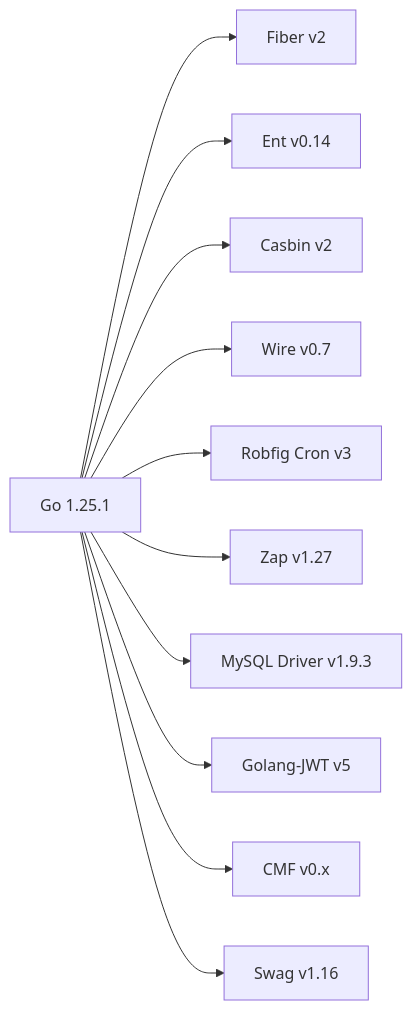
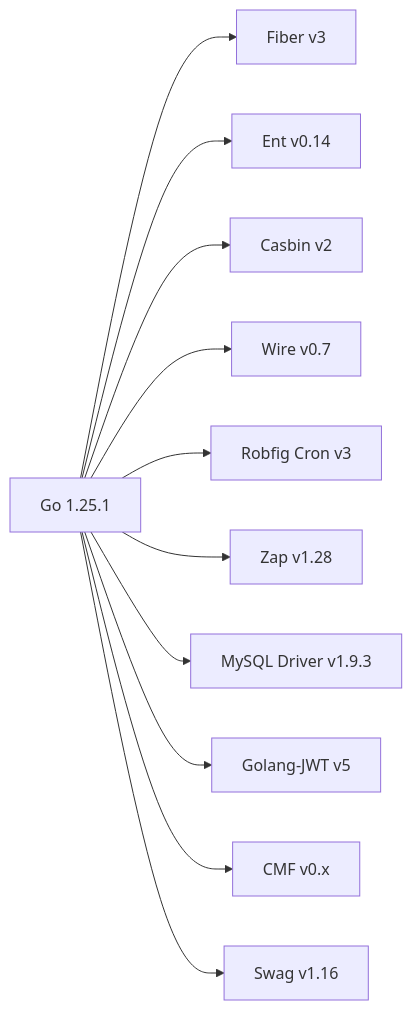
Before and after one commit to wuwuseo/e-sports-go-admin: the fifth of 5 diagrams in .qoder/repowiki/zh/content/项目概述/技术栈概览.md, drawn with Mermaid. The commit also changed other lines of this file and 42 other files, not shown here.

````diff
--- a/.qoder/repowiki/zh/content/项目概述/技术栈概览.md
+++ b/.qoder/repowiki/zh/content/项目概述/技术栈概览.md
@@ -383,13 +386,13 @@
 ```mermaid
 graph LR
-Go["Go 1.25.1"] --> Fiber["Fiber v2"]
+Go["Go 1.25.1"] --> Fiber["Fiber v3"]
 Go --> Ent["Ent v0.14"]
 Go --> Casbin["Casbin v2"]
 Go --> Wire["Wire v0.7"]
 Go --> Cron["Robfig Cron v3"]
-Go --> Zap["Zap v1.27"]
+Go --> Zap["Zap v1.28"]
 Go --> MySQL["MySQL Driver v1.9.3"]
 Go --> JWT["Golang-JWT v5"]
 Go --> CMF["CMF v0.x"]
 Go --> Swag["Swag v1.16"]
 ```
````
